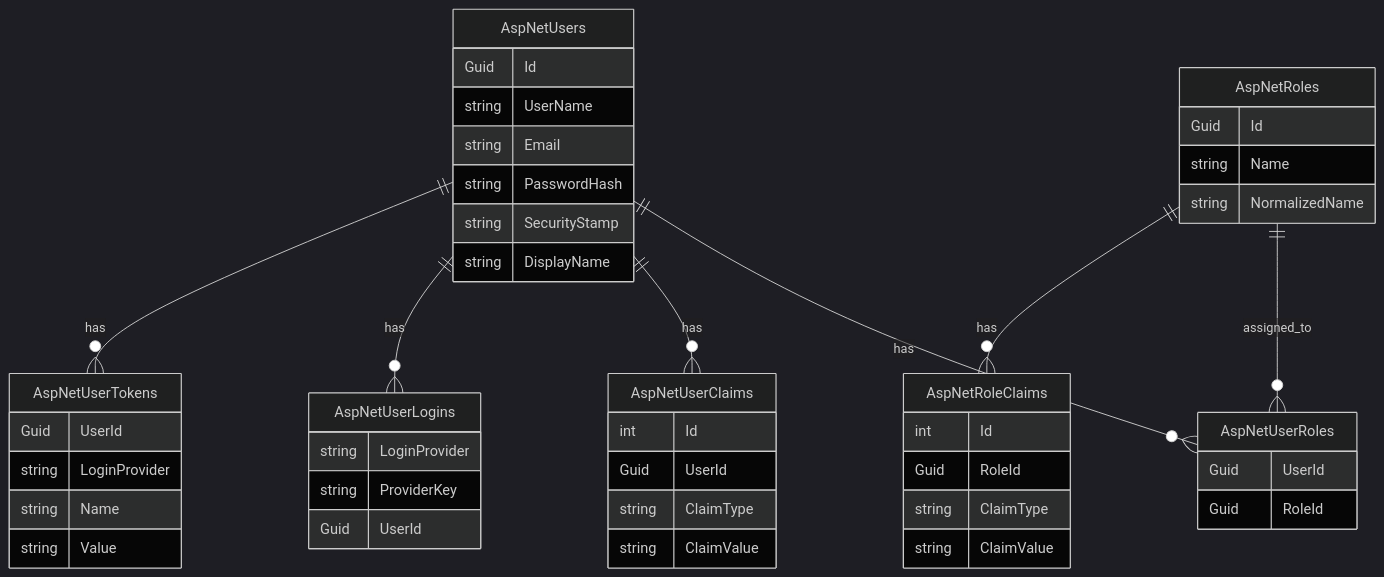
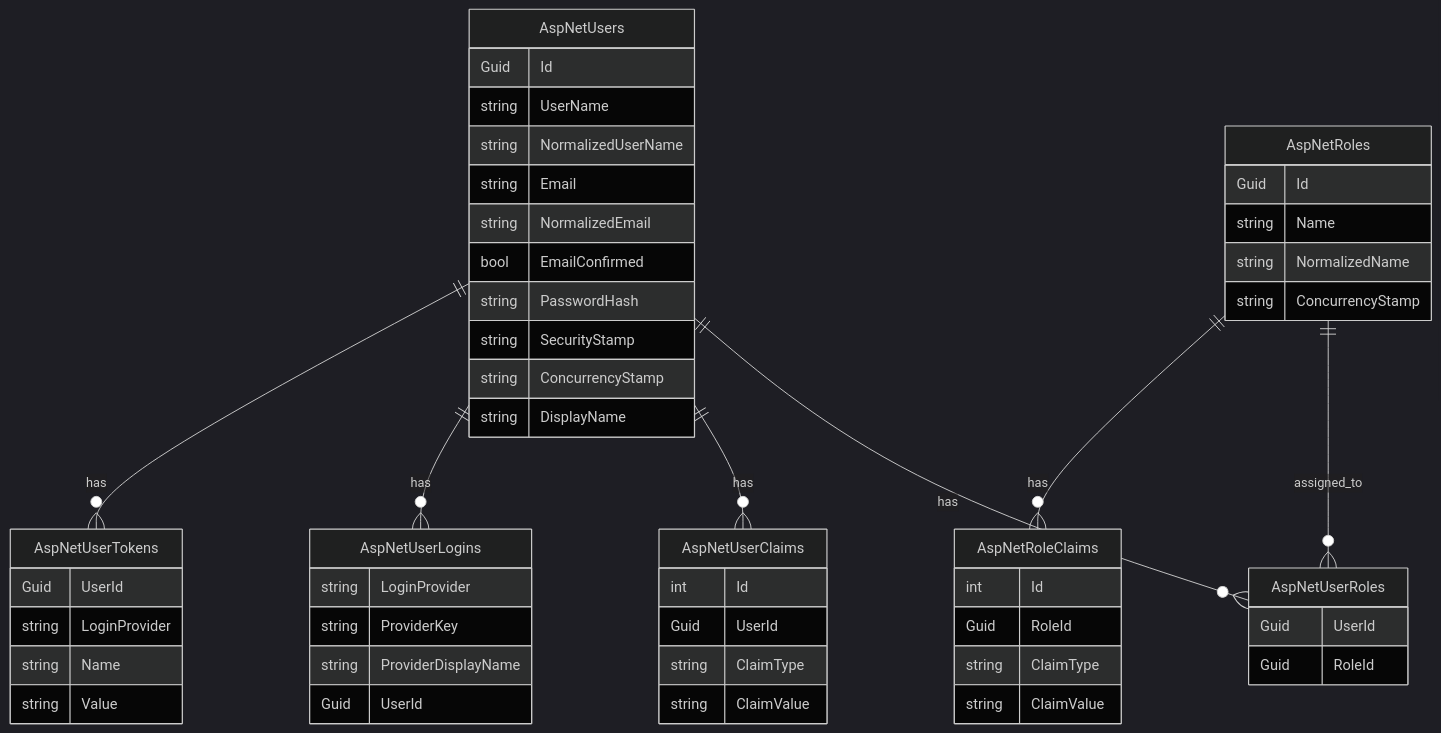
The diagram in docs/database/identity-schema.md (aaronddecker/gartenzwerge-offer-management), drawn with Mermaid (dark theme) before and after one commit. The commit also changed other lines of this file and 24 other files, not shown here.

````diff
--- a/docs/database/identity-schema.md
+++ b/docs/database/identity-schema.md
@@ -155,58 +193,64 @@
 ```mermaid
 erDiagram
     AspNetUsers {
         Guid Id
         string UserName
+        string NormalizedUserName
         string Email
+        string NormalizedEmail
+        bool EmailConfirmed
         string PasswordHash
         string SecurityStamp
+        string ConcurrencyStamp
         string DisplayName
     }
 
     AspNetRoles {
         Guid Id
         string Name
         string NormalizedName
+        string ConcurrencyStamp
     }
 
     AspNetUserRoles {
         Guid UserId
         Guid RoleId
     }
 
     AspNetUserClaims {
         int Id
         Guid UserId
         string ClaimType
         string ClaimValue
     }
 
     AspNetRoleClaims {
         int Id
         Guid RoleId
         string ClaimType
         string ClaimValue
     }
 
     AspNetUserLogins {
         string LoginProvider
         string ProviderKey
+        string ProviderDisplayName
         Guid UserId
     }
 
     AspNetUserTokens {
         Guid UserId
         string LoginProvider
         string Name
         string Value
     }
 
     AspNetUsers ||--o{ AspNetUserRoles : has
     AspNetRoles ||--o{ AspNetUserRoles : assigned_to
 
     AspNetUsers ||--o{ AspNetUserClaims : has
     AspNetRoles ||--o{ AspNetRoleClaims : has
 
     AspNetUsers ||--o{ AspNetUserLogins : has
     AspNetUsers ||--o{ AspNetUserTokens : has
 ```
````
